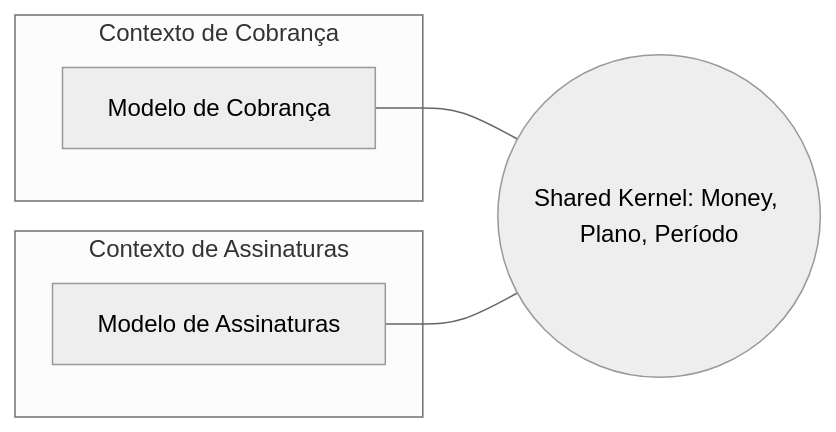
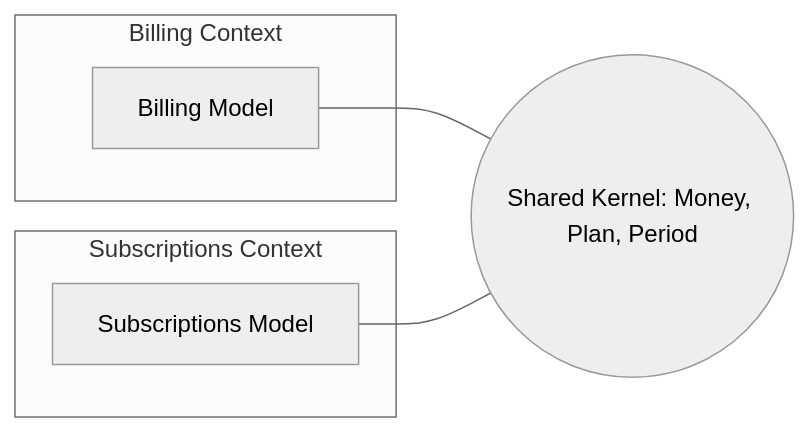
One commit to alancesar/design-patterns changed the diagram in docs/application/ddd/context-mapping/shared-kernel.md. Above: the diagram before and after it, drawn with Mermaid (neutral theme). The commit also changed 258 other files, not shown here.

First line of the commit message:
Translate Mermaid diagrams to English

````diff
--- a/docs/application/ddd/context-mapping/shared-kernel.md
+++ b/docs/application/ddd/context-mapping/shared-kernel.md
@@ -55,12 +55,12 @@
 ```mermaid
 flowchart LR
-    subgraph A["Contexto de Cobrança"]
-        MA["Modelo de Cobrança"]
+    subgraph A["Billing Context"]
+        MA["Billing Model"]
     end
-    subgraph B["Contexto de Assinaturas"]
-        MB["Modelo de Assinaturas"]
+    subgraph B["Subscriptions Context"]
+        MB["Subscriptions Model"]
     end
-    K(("Shared Kernel: Money, Plano, Período"))
+    K(("Shared Kernel: Money, Plan, Period"))
     MA --- K
     MB --- K
 ```
````
